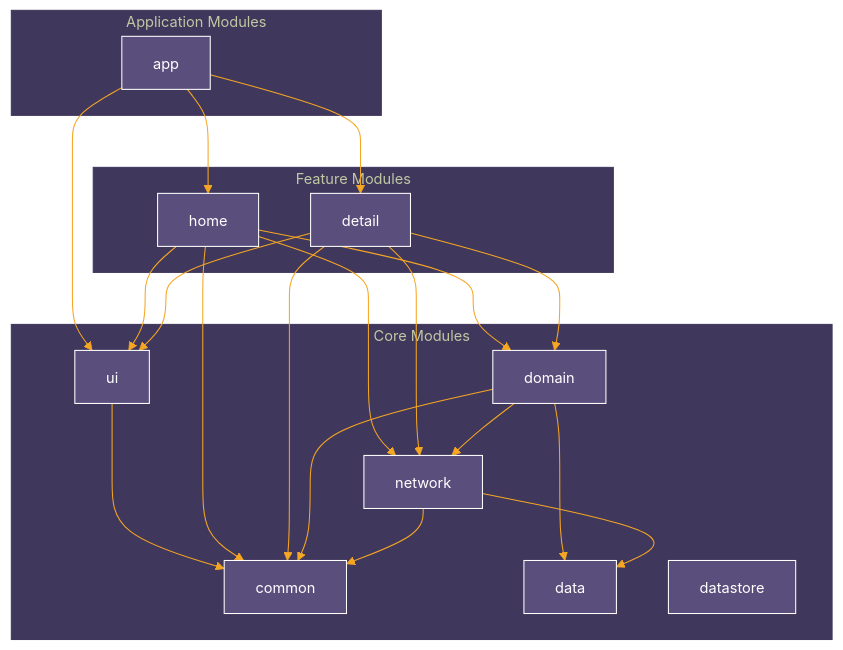
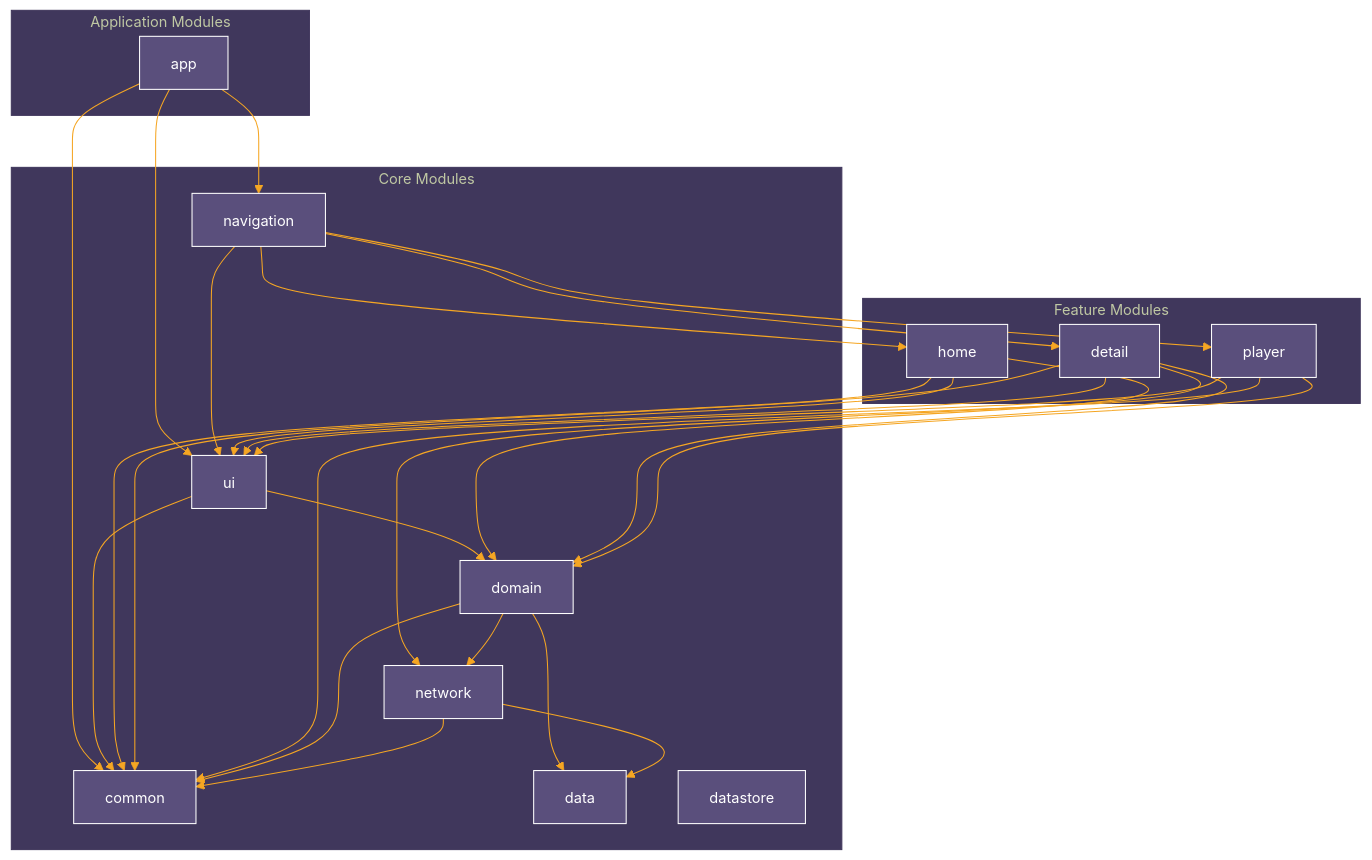
Before and after one commit to enesky/MovieCatalog: the diagram in README.md, drawn with Mermaid. The commit also changed other lines of this file and 1 other file, not shown here.

Commit message:
update: module dependency graph

````diff
--- a/README.md
+++ b/README.md
@@ -46,52 +46,61 @@
 ```mermaid
 %%{
     init: {
     'theme': 'base',
     'themeVariables': {
         "primaryTextColor":"#ffffff",
         "primaryColor":"#5a4f7c",
         "primaryBorderColor":"#ffffff",
         "tertiaryBorderColor":"#40375c",
         "lineColor":"#f5a623",
         "tertiaryColor":"#40375c",
         "fontSize":"14px"
         }
     }
 }%%
 graph TD
     subgraph Application Modules
         app
     end
     subgraph Core Modules
         common
         data
         datastore
         domain
+        navigation
         network
         ui
     end
     subgraph Feature Modules
         detail
         home
+        player
     end
     app-->ui
-    app-->home
-    app-->detail
+    app-->common
+    app-->navigation
     ui-->common
+    ui-->domain
+    navigation-->ui
+    navigation-->home
+    navigation-->detail
+    navigation-->player
+    home-->common
+    home-->domain
     home-->ui
-    home-->domain
-    home-->common
-    home-->network
     detail-->ui
     detail-->domain
     detail-->common
     detail-->network
+    player-->common
+    player-->domain
+    player-->ui
     domain-->data
     domain-->network
     domain-->common
     network-->data
     network-->common
 
 %% Auto generated by ModuleDependencyGraphPlugin.kt
 
 ```
````
